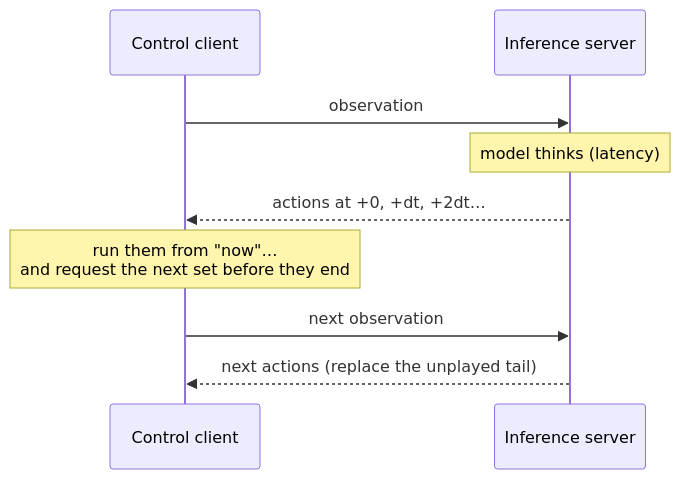
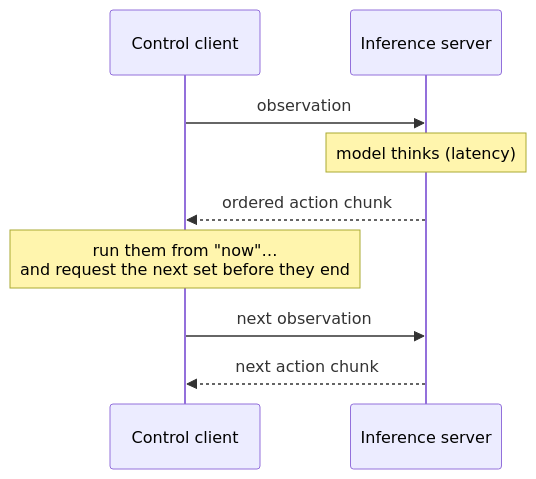
One commit to Positronic-Robotics/positronic changed the second of 2 diagrams in docs/connect-your-model.md. Above: the diagram before and after it, drawn with Mermaid. The commit also changed other lines of this file and 66 other files, not shown here.

````diff
--- a/docs/connect-your-model.md
+++ b/docs/connect-your-model.md
@@ -67,11 +67,11 @@
 ```mermaid
 sequenceDiagram
     participant C as Control client
     participant S as Inference server
     C->>S: observation
     Note over S: model thinks (latency)
-    S-->>C: actions at +0, +dt, +2dt…
+    S-->>C: ordered action chunk
     Note over C: run them from "now"…<br/>and request the next set before they end
     C->>S: next observation
-    S-->>C: next actions (replace the unplayed tail)
+    S-->>C: next action chunk
 ```
````
